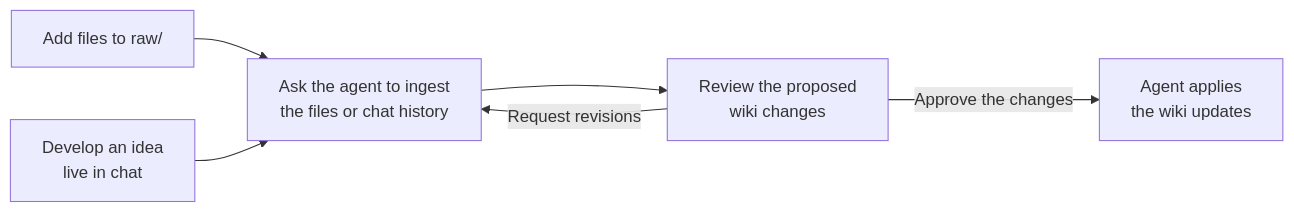
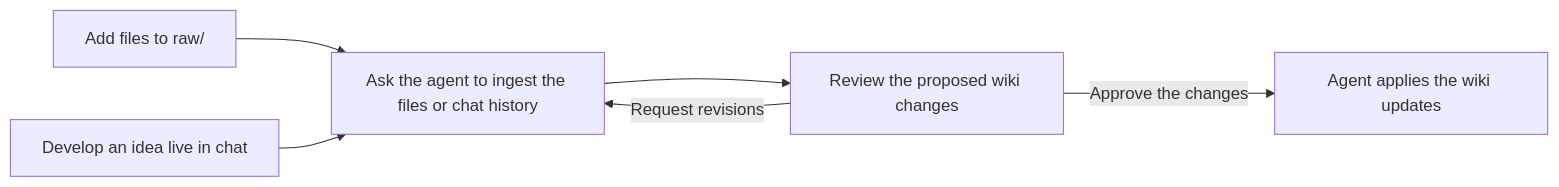
Before and after one commit to talktocory/ttrpg-wiki: the diagram in README.md, drawn with Mermaid. The commit also changed other lines of this file and 8 other files, not shown here.

````diff
--- a/README.md
+++ b/README.md
@@ -9,10 +7,10 @@
 ```mermaid
 flowchart LR
     accTitle: Campaign wiki workflow
     accDescr: Add files to raw or develop an idea in chat, ask the agent to ingest the material, review the proposed wiki changes, and approve them before the agent applies the updates.
-    files["Add files to raw/"] --> ingest["Ask the agent to ingest<br/>the files or chat history"]
-    chat["Develop an idea<br/>live in chat"] --> ingest
-    ingest --> review["Review the proposed<br/>wiki changes"]
-    review -->|Approve the changes| apply["Agent applies<br/>the wiki updates"]
+    files["Add files to raw/"] --> ingest["Ask the agent to ingest the files or chat history"]
+    chat["Develop an idea live in chat"] --> ingest
+    ingest --> review["Review the proposed wiki changes"]
+    review -->|Approve the changes| apply["Agent applies the wiki updates"]
     review -->|Request revisions| ingest
 ```
````
